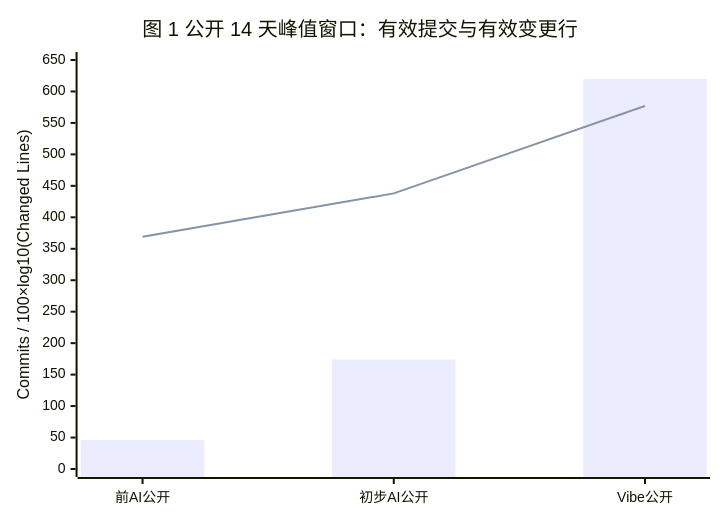
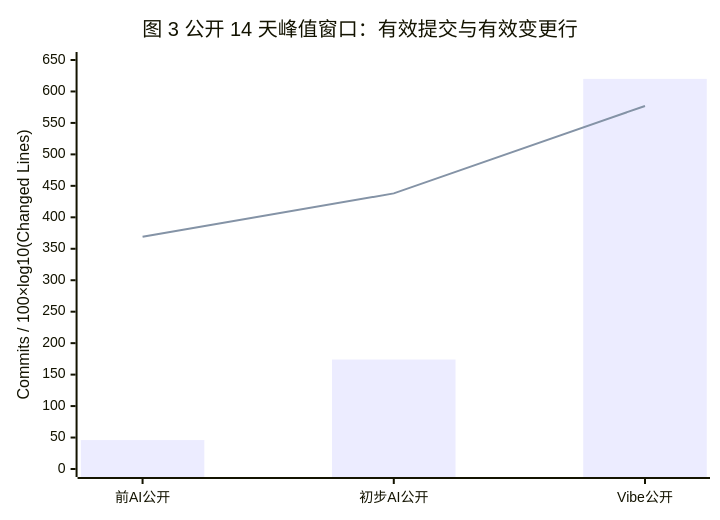
The seventh of 10 diagrams in src/content/blog/llm/from-trench-to-command-desk-ai-writing-coding-productivity.md (HansBug/HansBug.github.io), drawn with Mermaid before and after one commit. The commit also changed other lines of this file, not shown here.

````diff
--- a/src/content/blog/llm/from-trench-to-command-desk-ai-writing-coding-productivity.md
+++ b/src/content/blog/llm/from-trench-to-command-desk-ai-writing-coding-productivity.md
@@ -223,10 +324,10 @@
 ```mermaid
 %% series-labels: 有效提交|100×log10(有效变更行)
 %% series-colors: #8fd6ff|#f2c16d
 xychart-beta
-    title "图 1 公开 14 天峰值窗口：有效提交与有效变更行"
+    title "图 3 公开 14 天峰值窗口：有效提交与有效变更行"
     x-axis ["前AI公开", "初步AI公开", "Vibe公开"]
     y-axis "Commits / 100×log10(Changed Lines)" 0 --> 650
     bar [46, 174, 620]
     line [369, 438, 577]
 ```
````
